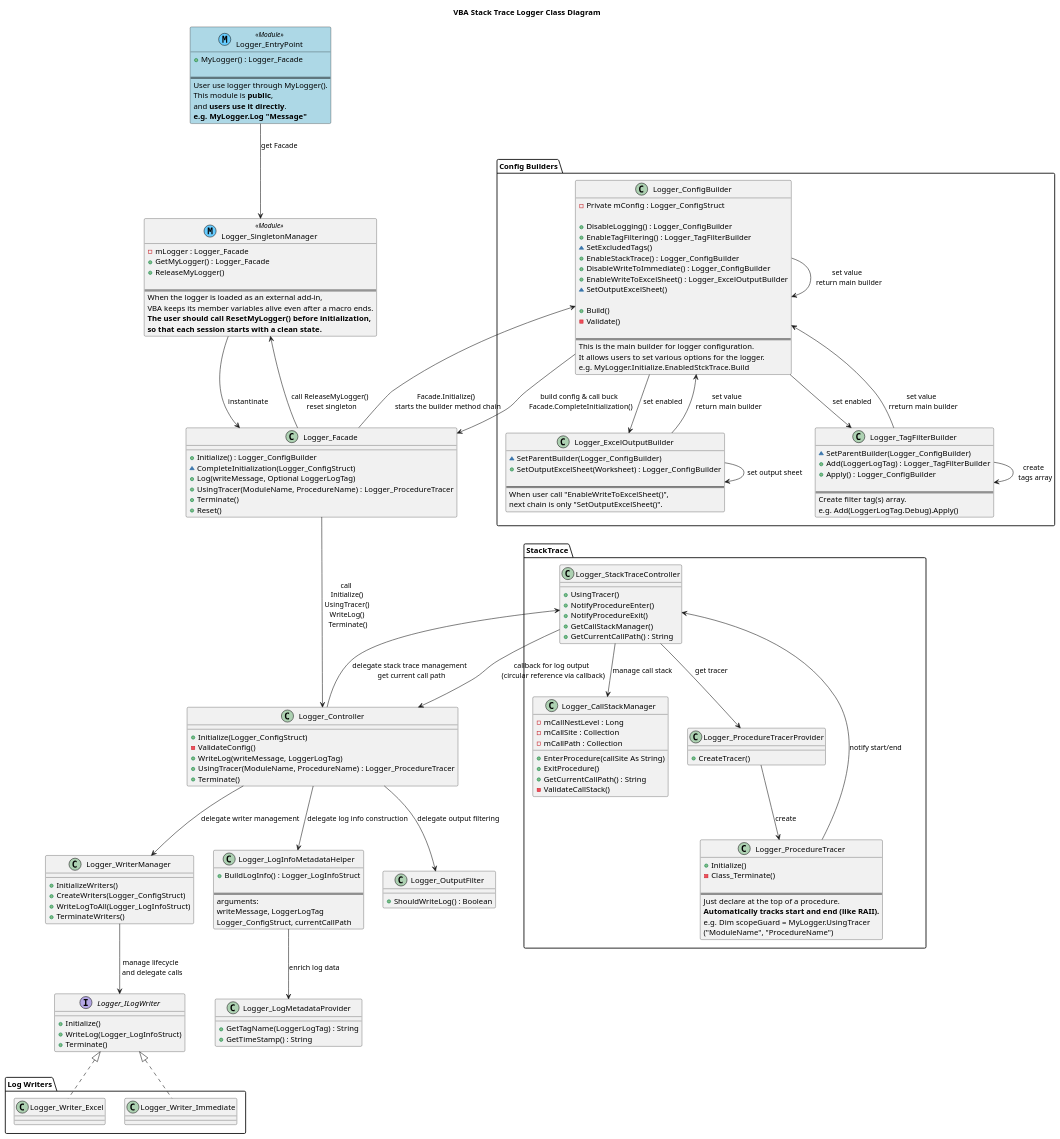
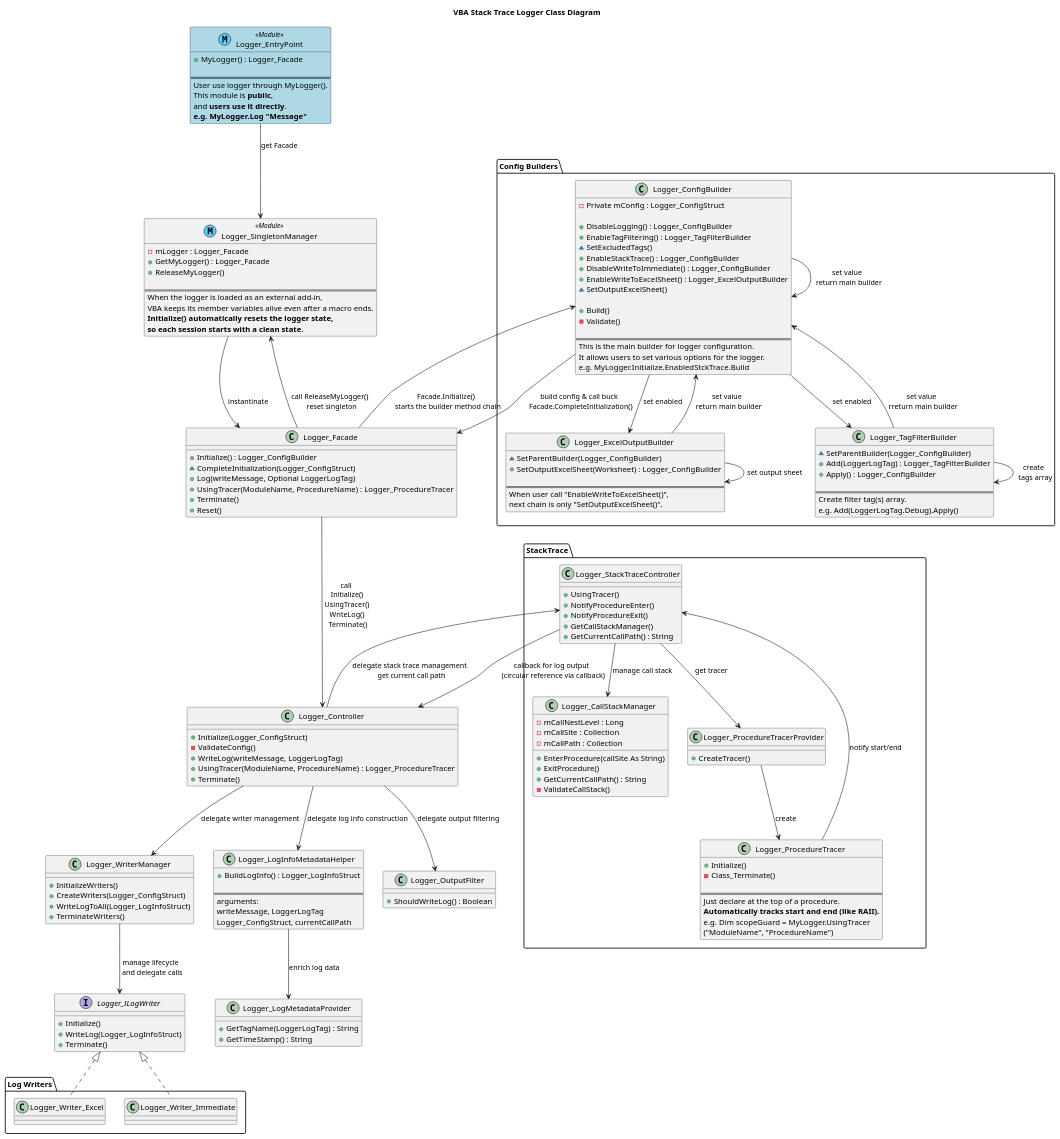
Before and after one commit to ryuryu333/vba_stack_trace_logger: the diagram in docs/クラス図.puml, drawn with PlantUML.

Commit message:
クラス図更新

```diff
--- a/docs/クラス図.puml
+++ b/docs/クラス図.puml
@@ -9,7 +9,7 @@
     This module is **public**,
     and **users use it directly**.
     **e.g. MyLogger.Log "Message"**
-}  
+}
 
 class Logger_SingletonManager << (M,66CCFF) Module >> {
     - mLogger : Logger_Facade
@@ -19,8 +19,8 @@
     ==
     When the logger is loaded as an external add-in,
     VBA keeps its member variables alive even after a macro ends.
-    **The user should call ResetMyLogger() before initialization,**
-    **so that each session starts with a clean state.**
+    **Initialize() automatically resets the logger state,**
+    **so each session starts with a clean state.**
 }
 
 ' Logger API
```
